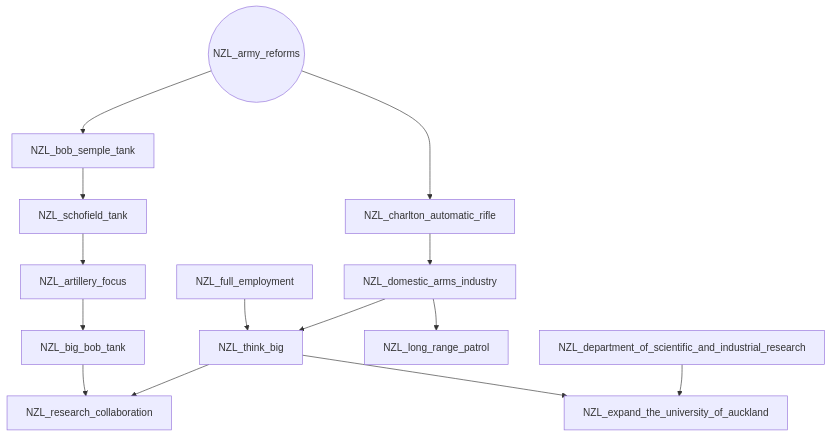
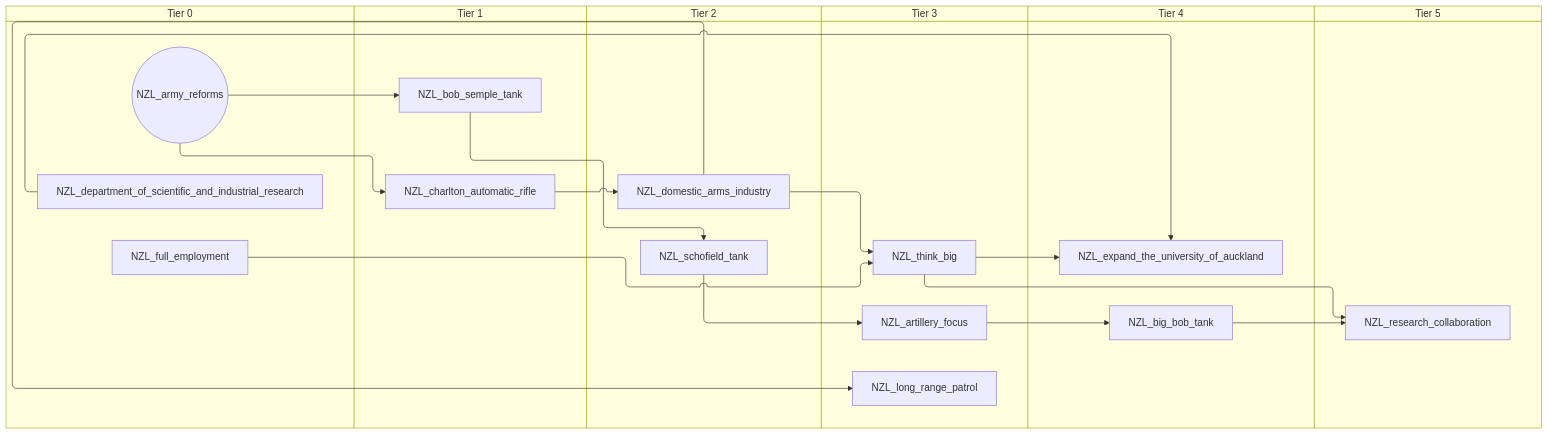
One commit to evgeny-sobol/hoi4-sandbox-mode changed the first of 6 diagrams in docs/gdd/National Focuses/new_zealand.md. Above: the diagram before and after it, drawn with Mermaid. The commit also changed other lines of this file and 80 other files, not shown here.

First line of the commit message:
Add swimlane mode to focus graph exporter

````diff
--- a/docs/gdd/National Focuses/new_zealand.md
+++ b/docs/gdd/National Focuses/new_zealand.md
@@ -3,29 +3,41 @@
 ```mermaid
-flowchart TD
-    n1(("NZL_army_reforms"))
-    n2["NZL_artillery_focus"]
-    n3["NZL_big_bob_tank"]
-    n4["NZL_bob_semple_tank"]
-    n5["NZL_charlton_automatic_rifle"]
-    n6["NZL_department_of_scientific_and_industrial_research"]
-    n7["NZL_domestic_arms_industry"]
-    n8["NZL_expand_the_university_of_auckland"]
-    n9["NZL_full_employment"]
-    n10["NZL_long_range_patrol"]
-    n11["NZL_research_collaboration"]
-    n12["NZL_schofield_tank"]
-    n13["NZL_think_big"]
-    n12 --> n2
-    n2 --> n3
+swimlane-beta TD
+    subgraph tier_0["Tier 0"]
+        n1(("NZL_army_reforms"))
+        n2["NZL_department_of_scientific_and_industrial_research"]
+        n3["NZL_full_employment"]
+    end
+    subgraph tier_1["Tier 1"]
+        n4["NZL_bob_semple_tank"]
+        n5["NZL_charlton_automatic_rifle"]
+    end
+    subgraph tier_2["Tier 2"]
+        n6["NZL_domestic_arms_industry"]
+        n7["NZL_schofield_tank"]
+    end
+    subgraph tier_3["Tier 3"]
+        n8["NZL_artillery_focus"]
+        n9["NZL_long_range_patrol"]
+        n10["NZL_think_big"]
+    end
+    subgraph tier_4["Tier 4"]
+        n11["NZL_big_bob_tank"]
+        n12["NZL_expand_the_university_of_auckland"]
+    end
+    subgraph tier_5["Tier 5"]
+        n13["NZL_research_collaboration"]
+    end
+    n7 --> n8
+    n8 --> n11
     n1 --> n4
     n1 --> n5
-    n5 --> n7
-    n13 --> n8
-    n6 --> n8
-    n7 --> n10
-    n3 --> n11
-    n13 --> n11
-    n4 --> n12
-    n9 --> n13
-    n7 --> n13
+    n5 --> n6
+    n10 --> n12
+    n2 --> n12
+    n6 --> n9
+    n11 --> n13
+    n10 --> n13
+    n4 --> n7
+    n3 --> n10
+    n6 --> n10
 ```
````
